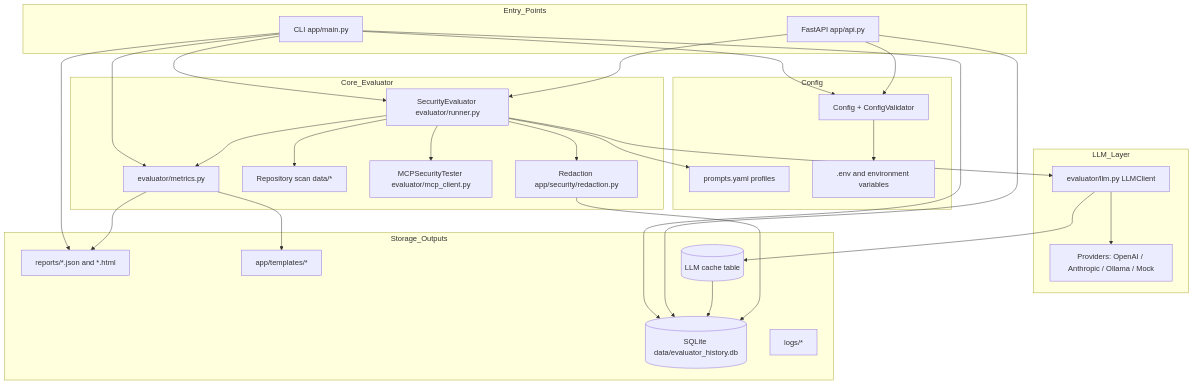
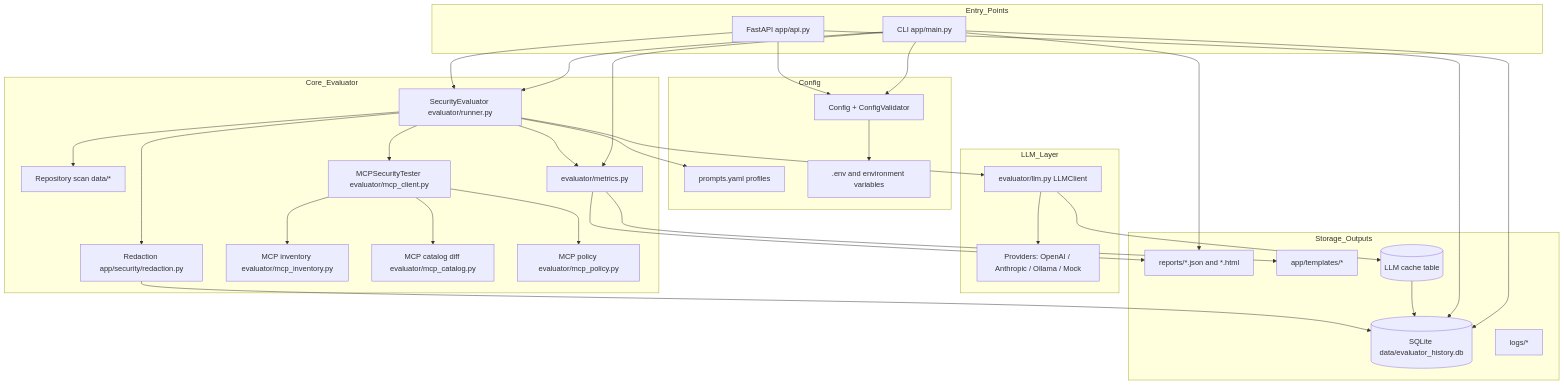
One commit to themayursinha/mcp-llm-security-evaluator changed the first of 4 diagrams in Architecture.md. Above: the diagram before and after it, drawn with Mermaid. The commit also changed other lines of this file and 19 other files, not shown here.

````diff
--- a/Architecture.md
+++ b/Architecture.md
@@ -7,58 +7,64 @@
 ```mermaid
 flowchart TB
   subgraph Entry_Points
     CLI[CLI app/main.py]
     API[FastAPI app/api.py]
   end
 
   subgraph Config
     Prompts[prompts.yaml profiles]
     Env[.env and environment variables]
     ConfigClass[Config + ConfigValidator]
   end
 
   subgraph Core_Evaluator
     SE[SecurityEvaluator evaluator/runner.py]
     Redaction[Redaction app/security/redaction.py]
     RepoScan[Repository scan data/*]
     MCP[MCPSecurityTester evaluator/mcp_client.py]
+    Inventory[MCP inventory evaluator/mcp_inventory.py]
+    Catalog[MCP catalog diff evaluator/mcp_catalog.py]
+    Policy[MCP policy evaluator/mcp_policy.py]
     Metrics[evaluator/metrics.py]
   end
 
   subgraph LLM_Layer
     LLMClient[evaluator/llm.py LLMClient]
     Providers[Providers: OpenAI / Anthropic / Ollama / Mock]
   end
 
   subgraph Storage_Outputs
     Reports[reports/*.json and *.html]
     Templates[app/templates/*]
     DB[(SQLite data/evaluator_history.db)]
     Cache[(LLM cache table)]
     Logs[logs/*]
   end
 
   CLI --> ConfigClass
   CLI --> SE
   CLI --> Metrics
   CLI --> Reports
   CLI --> DB
 
   API --> ConfigClass
   API --> SE
   API --> DB
 
   ConfigClass --> Env
   SE --> Prompts
   SE --> Redaction
   SE --> RepoScan
   SE --> MCP
+  MCP --> Inventory
+  MCP --> Catalog
+  MCP --> Policy
   SE --> Metrics
   SE --> LLMClient
   LLMClient --> Providers
   LLMClient --> Cache
   Cache --> DB
   Metrics --> Templates
   Metrics --> Reports
   Redaction --> DB
 ```
````
